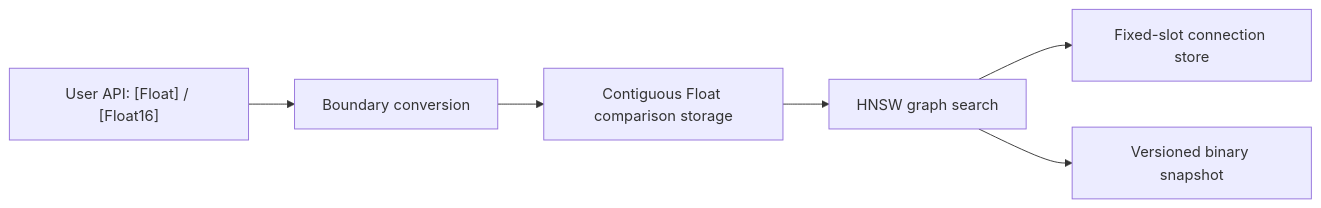
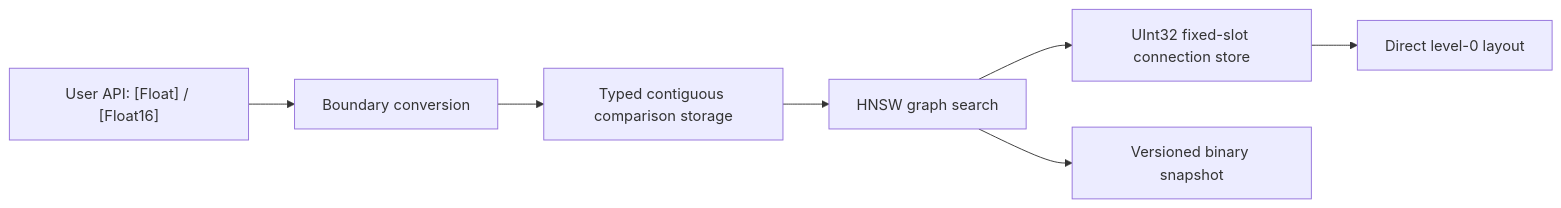
Before and after one commit to 1amageek/swift-hnsw: the diagram in Docs/PureSwiftOptimizationRoadmap.md, drawn with Mermaid. The commit also changed other lines of this file and 5 other files, not shown here.

````diff
--- a/Docs/PureSwiftOptimizationRoadmap.md
+++ b/Docs/PureSwiftOptimizationRoadmap.md
@@ -18,8 +18,9 @@
 ```mermaid
 flowchart LR
     A["User API: [Float] / [Float16]"] --> B["Boundary conversion"]
-    B --> C["Contiguous Float comparison storage"]
+    B --> C["Typed contiguous comparison storage"]
     C --> D["HNSW graph search"]
-    D --> E["Fixed-slot connection store"]
-    D --> F["Versioned binary snapshot"]
+    D --> E["UInt32 fixed-slot connection store"]
+    E --> F["Direct level-0 layout"]
+    D --> G["Versioned binary snapshot"]
 ```
````
